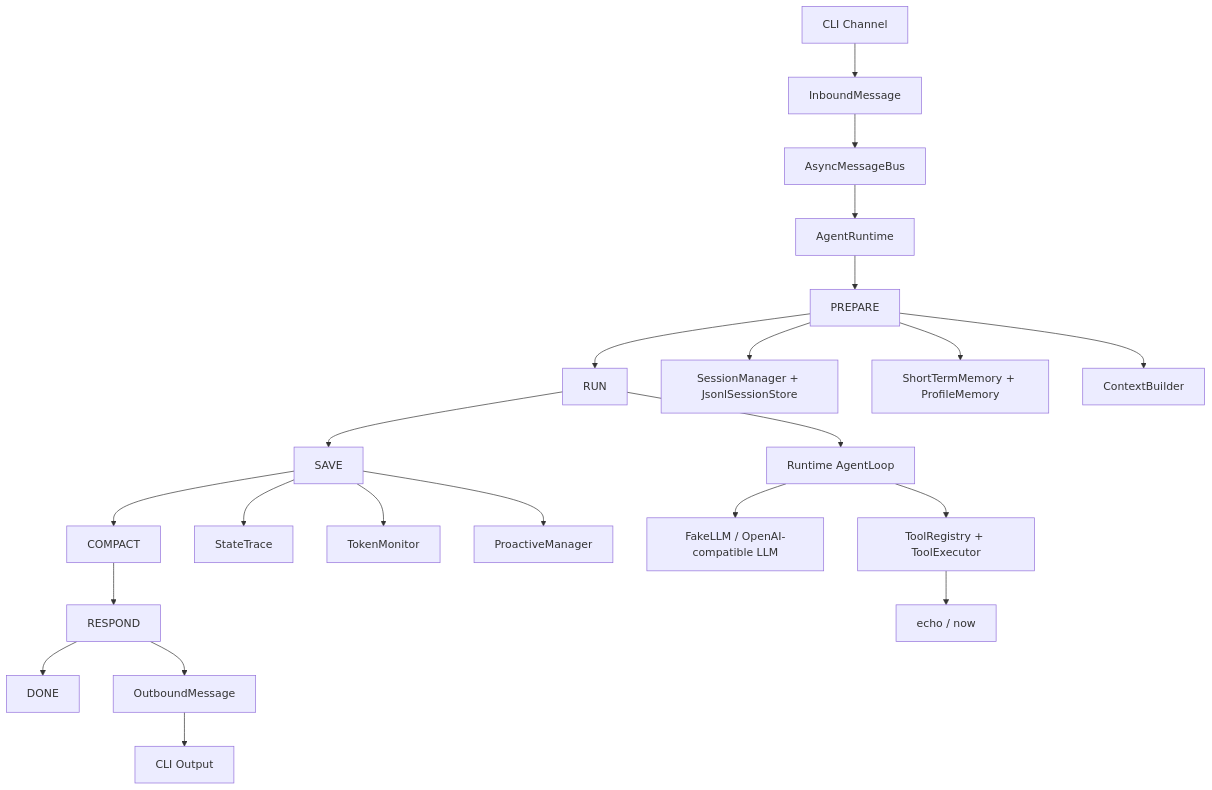
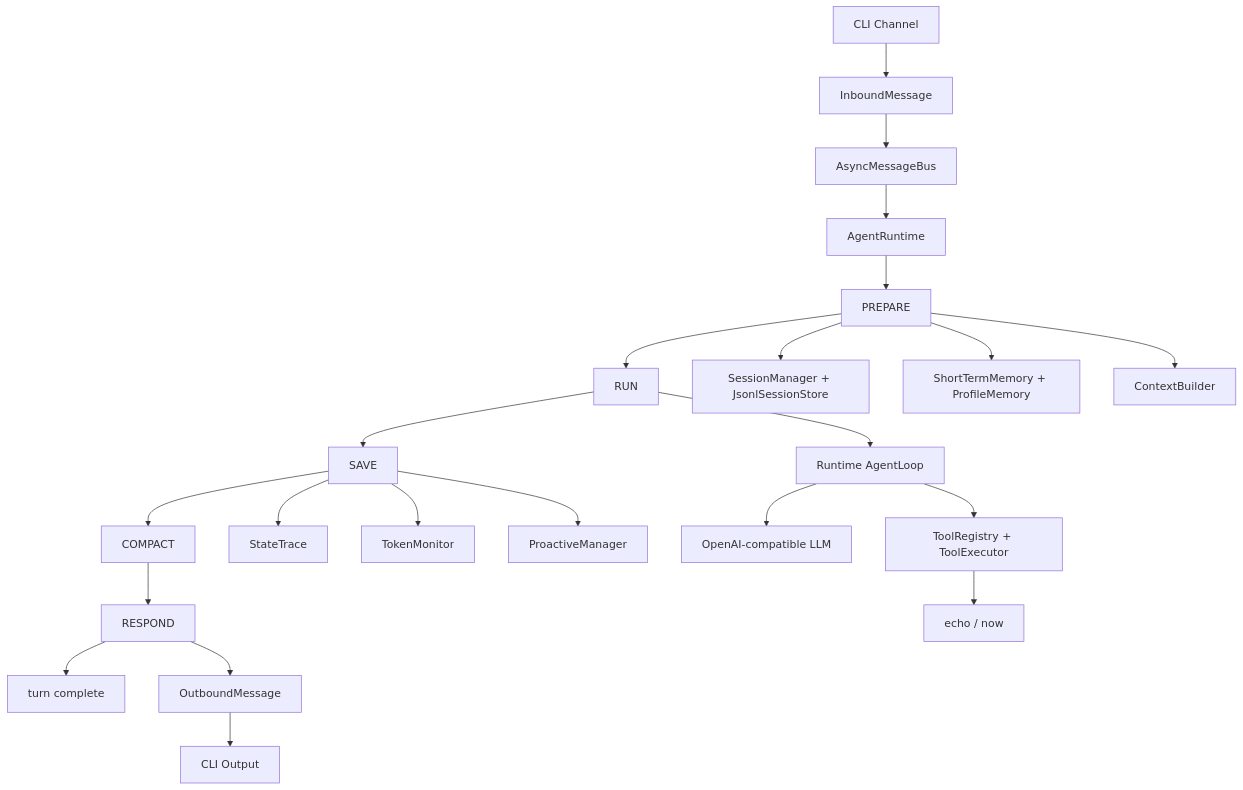
Before and after one commit to neystan/Turning-Good-Agent: the diagram in README.md, drawn with Mermaid. The commit also changed other lines of this file and 16 other files, not shown here.

````diff
--- a/README.md
+++ b/README.md
@@ -77,29 +77,29 @@
 ```mermaid
 flowchart TD
     CLI[CLI Channel] --> Inbound[InboundMessage]
     Inbound --> Bus[AsyncMessageBus]
     Bus --> Runtime[AgentRuntime]
 
     Runtime --> Prepare[PREPARE]
     Prepare --> Run[RUN]
     Run --> Save[SAVE]
     Save --> Compact[COMPACT]
     Compact --> Respond[RESPOND]
-    Respond --> Done[DONE]
+    Respond --> End[turn complete]
 
     Prepare --> Session[SessionManager + JsonlSessionStore]
     Prepare --> Memory[ShortTermMemory + ProfileMemory]
     Prepare --> Context[ContextBuilder]
 
     Run --> AgentLoop[Runtime AgentLoop]
-    AgentLoop --> LLM[FakeLLM / OpenAI-compatible LLM]
+    AgentLoop --> LLM[OpenAI-compatible LLM]
     AgentLoop --> Tools[ToolRegistry + ToolExecutor]
     Tools --> Builtins[echo / now]
 
     Save --> Trace[StateTrace]
     Save --> Token[TokenMonitor]
     Save --> Proactive[ProactiveManager]
 
     Respond --> Outbound[OutboundMessage]
     Outbound --> CLIOut[CLI Output]
 ```
````
